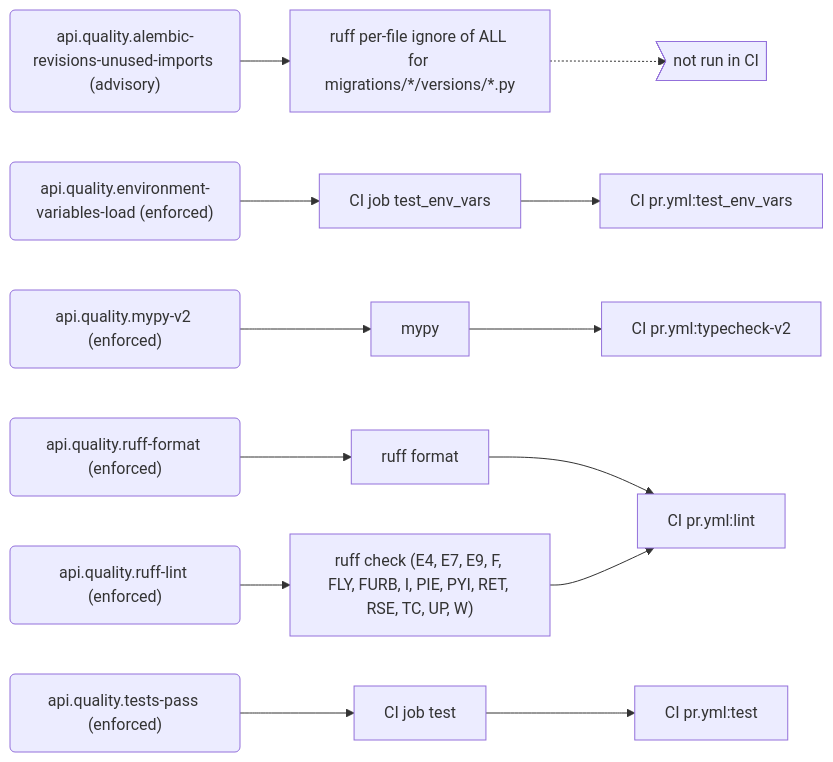
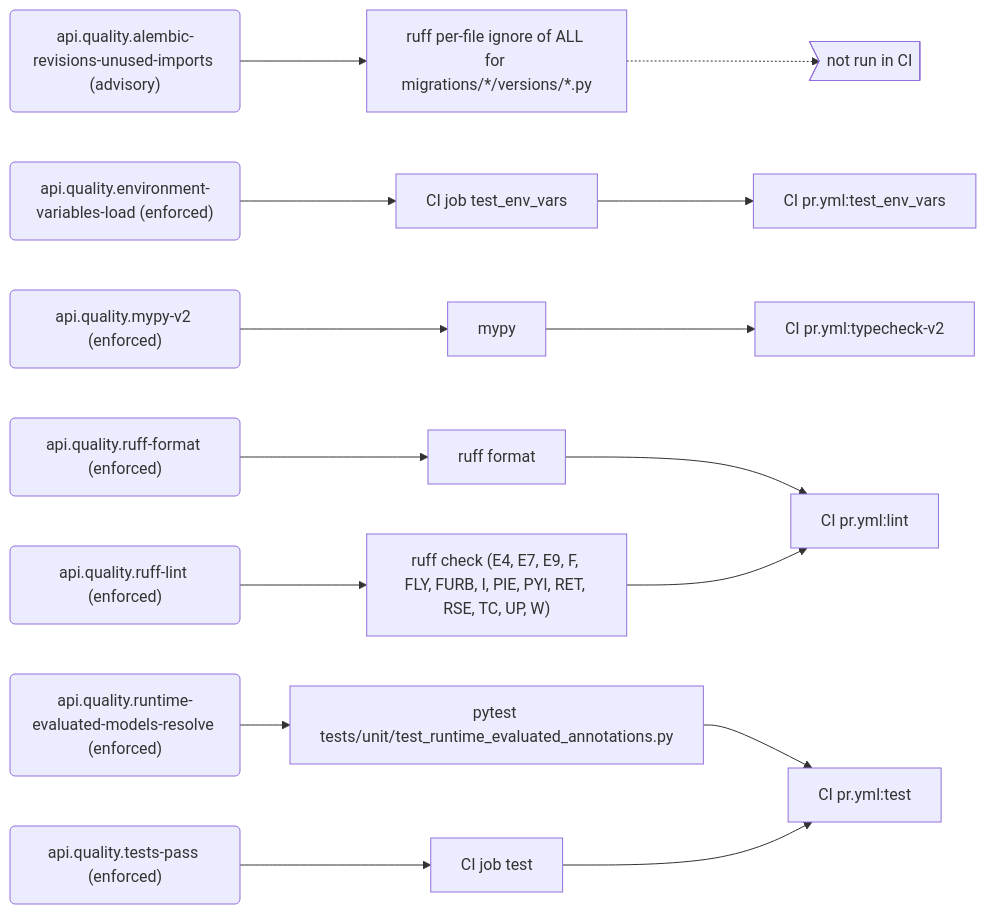
One commit to PolicyEngine/policyengine-api changed the sixth of 9 diagrams in docs/generated/rules.md. Above: the diagram before and after it, drawn with Mermaid. The commit also changed other lines of this file and 6 other files, not shown here.

First line of the commit message:
Check that models keep the runtime imports their annotations need

````diff
--- a/docs/generated/rules.md
+++ b/docs/generated/rules.md
@@ -274,32 +276,36 @@
 ```mermaid
 flowchart LR
   r_api_quality_alembic_revisions_unused_imports("api.quality.alembic-revisions-unused-imports (advisory)")
   e_ruff_per_file_ignore_of_ALL_for_migrations___versions___py["ruff per-file ignore of ALL for migrations/*/versions/*.py"]
   local_only>"not run in CI"]
   r_api_quality_environment_variables_load("api.quality.environment-variables-load (enforced)")
   e_CI_job_test_env_vars["CI job test_env_vars"]
   j_CI_pr_yml_test_env_vars["CI pr.yml:test_env_vars"]
   r_api_quality_mypy_v2("api.quality.mypy-v2 (enforced)")
   e_mypy["mypy"]
   j_CI_pr_yml_typecheck_v2["CI pr.yml:typecheck-v2"]
   r_api_quality_ruff_format("api.quality.ruff-format (enforced)")
   e_ruff_format["ruff format"]
   j_CI_pr_yml_lint["CI pr.yml:lint"]
   r_api_quality_ruff_lint("api.quality.ruff-lint (enforced)")
   e_ruff_check__E4__E7__E9__F__FLY__FURB__I__PIE__PYI__RET__RSE__TC__UP__W_["ruff check (E4, E7, E9, F, FLY, FURB, I, PIE, PYI, RET, RSE, TC, UP, W)"]
+  r_api_quality_runtime_evaluated_models_resolve("api.quality.runtime-evaluated-models-resolve (enforced)")
+  e_pytest_tests_unit_test_runtime_evaluated_annotations_py["pytest tests/unit/test_runtime_evaluated_annotations.py"]
+  j_CI_pr_yml_test["CI pr.yml:test"]
   r_api_quality_tests_pass("api.quality.tests-pass (enforced)")
   e_CI_job_test["CI job test"]
-  j_CI_pr_yml_test["CI pr.yml:test"]
   r_api_quality_alembic_revisions_unused_imports --> e_ruff_per_file_ignore_of_ALL_for_migrations___versions___py
   e_ruff_per_file_ignore_of_ALL_for_migrations___versions___py -.-> local_only
   r_api_quality_environment_variables_load --> e_CI_job_test_env_vars
   e_CI_job_test_env_vars --> j_CI_pr_yml_test_env_vars
   r_api_quality_mypy_v2 --> e_mypy
   e_mypy --> j_CI_pr_yml_typecheck_v2
   r_api_quality_ruff_format --> e_ruff_format
   e_ruff_format --> j_CI_pr_yml_lint
   r_api_quality_ruff_lint --> e_ruff_check__E4__E7__E9__F__FLY__FURB__I__PIE__PYI__RET__RSE__TC__UP__W_
   e_ruff_check__E4__E7__E9__F__FLY__FURB__I__PIE__PYI__RET__RSE__TC__UP__W_ --> j_CI_pr_yml_lint
+  r_api_quality_runtime_evaluated_models_resolve --> e_pytest_tests_unit_test_runtime_evaluated_annotations_py
+  e_pytest_tests_unit_test_runtime_evaluated_annotations_py --> j_CI_pr_yml_test
   r_api_quality_tests_pass --> e_CI_job_test
   e_CI_job_test --> j_CI_pr_yml_test
 ```
````
